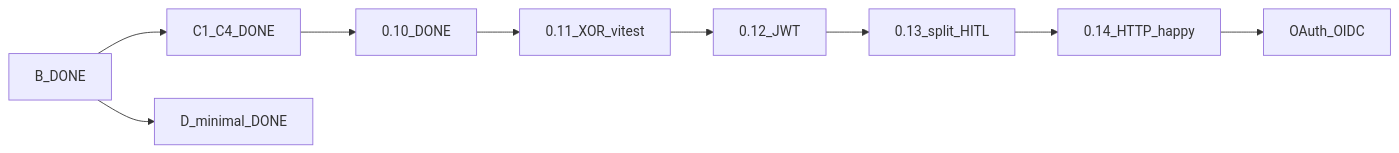
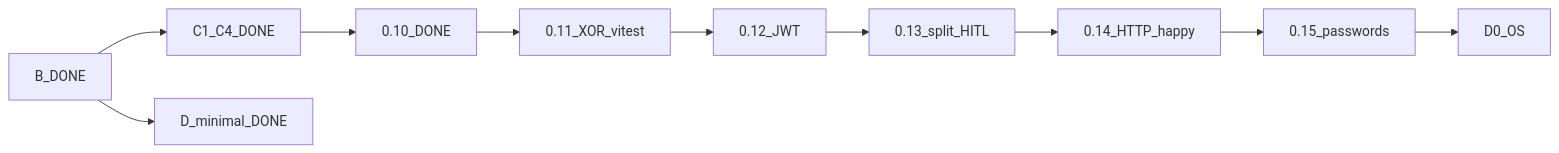
Before and after one commit to Spawn2018/OmniRoute: the diagram in docs/PLAN-REALIZACJA.md, drawn with Mermaid. The commit also changed other lines of this file and 36 other files, not shown here.

````diff
--- a/docs/PLAN-REALIZACJA.md
+++ b/docs/PLAN-REALIZACJA.md
@@ -8,11 +8,12 @@
 ```mermaid
 flowchart LR
   doneB[B_DONE] --> doneC[C1_C4_DONE]
   doneC --> doneC5[0.10_DONE]
   doneC5 --> doneXor[0.11_XOR_vitest]
   doneXor --> doneJwt[0.12_JWT]
   doneJwt --> doneSplit[0.13_split_HITL]
   doneSplit --> doneHttp[0.14_HTTP_happy]
-  doneHttp --> next[OAuth_OIDC]
+  doneHttp --> donePwd[0.15_passwords]
+  donePwd --> next[D0_OS]
   doneB --> doneD[D_minimal_DONE]
 ```
````
